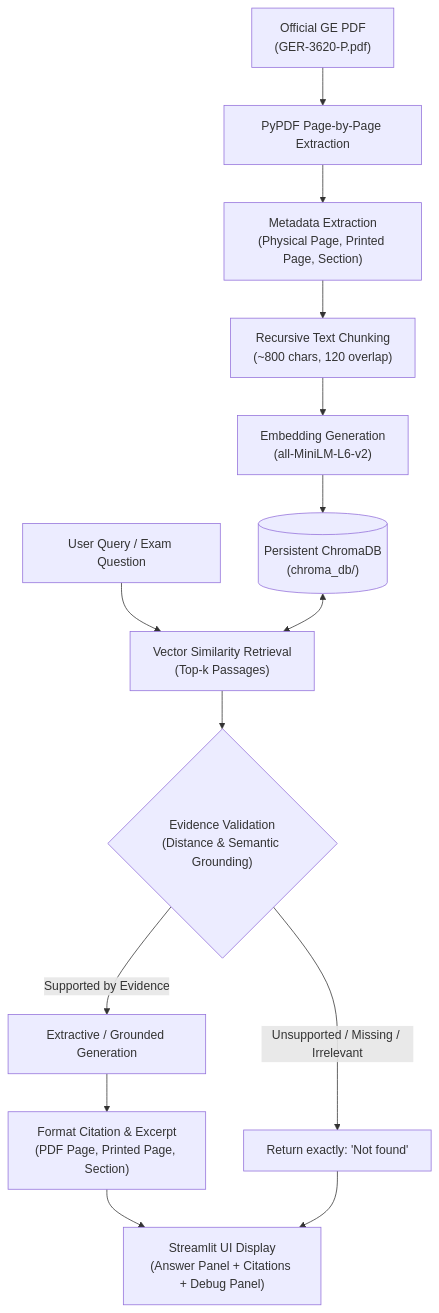
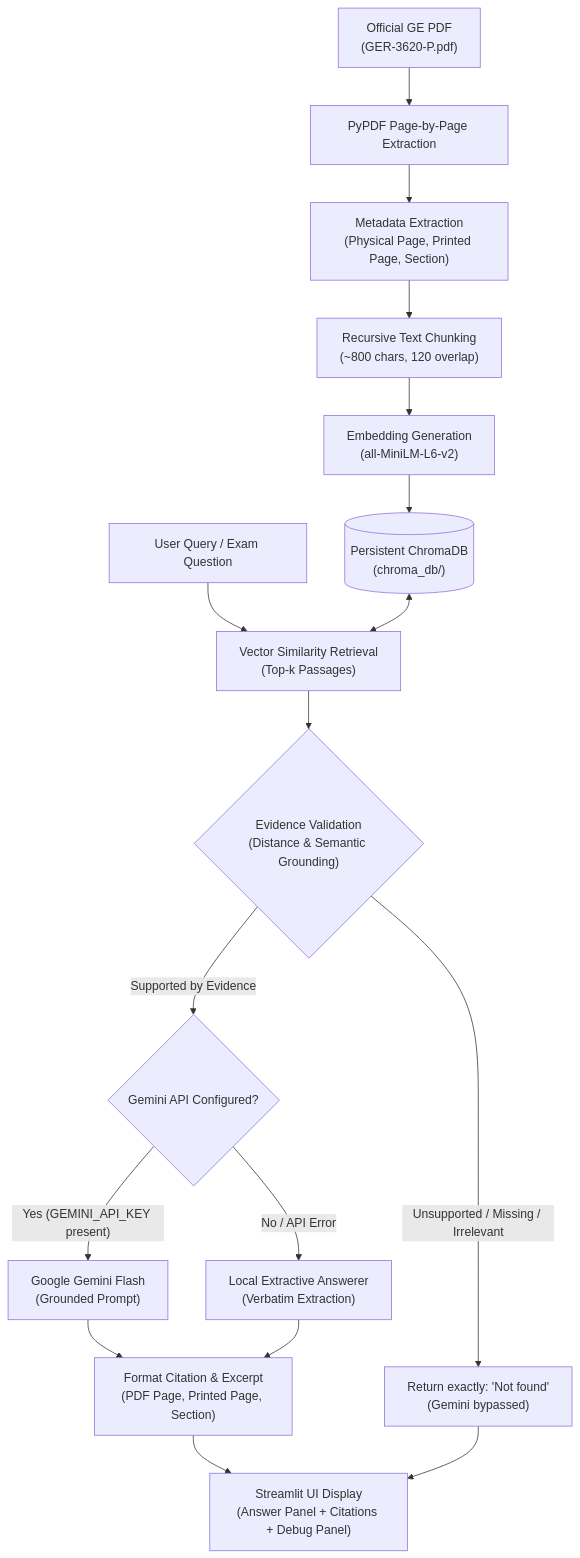
Before and after one commit to iUjjwalRaj/gas-turbine-maintenance-rag: the diagram in README.md, drawn with Mermaid. The commit also changed other lines of this file and 6 other files, not shown here.

Commit message:
feat: integrate Gemini Flash API via langchain-google-genai with offline fallback

````diff
--- a/README.md
+++ b/README.md
@@ -43,20 +48,24 @@
 ```mermaid
 flowchart TD
     A["Official GE PDF<br/>(GER-3620-P.pdf)"] --> B["PyPDF Page-by-Page Extraction"]
     B --> C["Metadata Extraction<br/>(Physical Page, Printed Page, Section)"]
     C --> D["Recursive Text Chunking<br/>(~800 chars, 120 overlap)"]
     D --> E["Embedding Generation<br/>(all-MiniLM-L6-v2)"]
     E --> F[("Persistent ChromaDB<br/>(chroma_db/)")]
     
     G["User Query / Exam Question"] --> H["Vector Similarity Retrieval<br/>(Top-k Passages)"]
     F <--> H
     
     H --> I{"Evidence Validation<br/>(Distance & Semantic Grounding)"}
     
-    I -- "Unsupported / Missing / Irrelevant" --> J["Return exactly: 'Not found'"]
-    I -- "Supported by Evidence" --> K["Extractive / Grounded Generation"]
+    I -- "Unsupported / Missing / Irrelevant" --> J["Return exactly: 'Not found'<br/>(Gemini bypassed)"]
     
-    K --> L["Format Citation & Excerpt<br/>(PDF Page, Printed Page, Section)"]
-    L --> M["Streamlit UI Display<br/>(Answer Panel + Citations + Debug Panel)"]
-    J --> M
+    I -- "Supported by Evidence" --> K{"Gemini API Configured?"}
+    K -- "Yes (GEMINI_API_KEY present)" --> L["Google Gemini Flash<br/>(Grounded Prompt)"]
+    K -- "No / API Error" --> M["Local Extractive Answerer<br/>(Verbatim Extraction)"]
+    
+    L --> N["Format Citation & Excerpt<br/>(PDF Page, Printed Page, Section)"]
+    M --> N
+    N --> O["Streamlit UI Display<br/>(Answer Panel + Citations + Debug Panel)"]
+    J --> O
 ```
````
